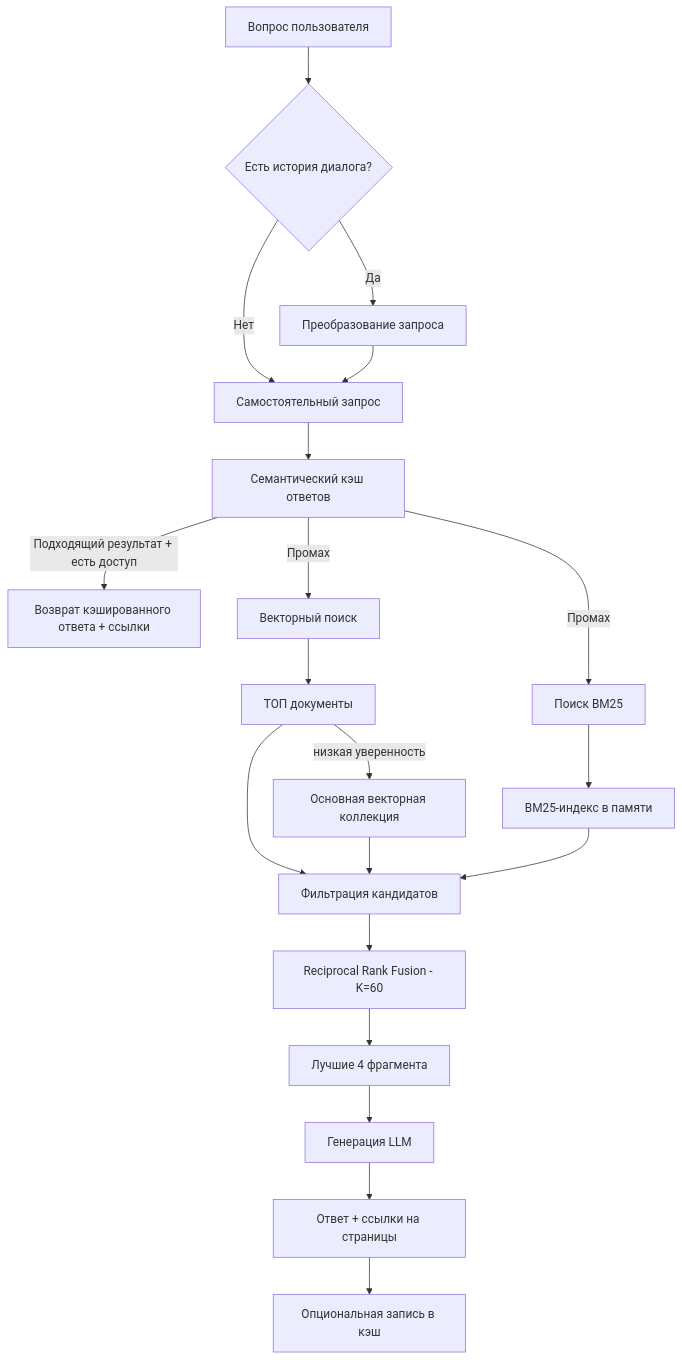
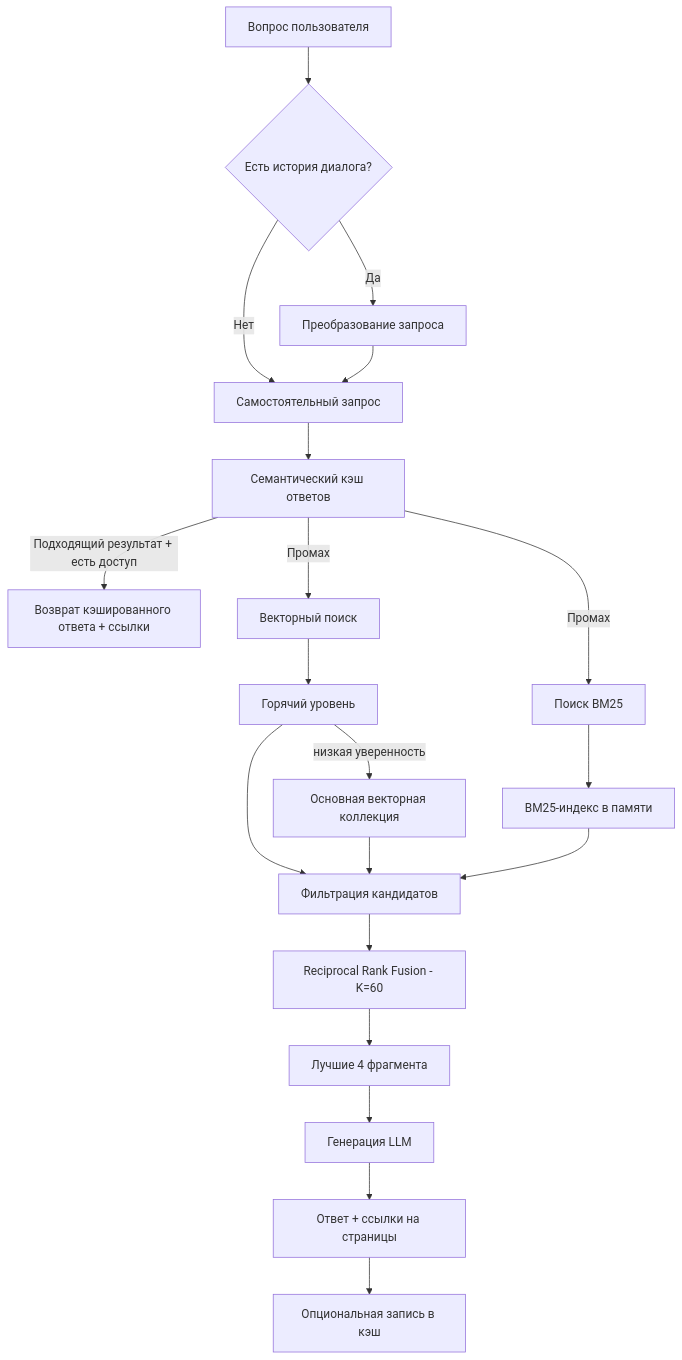
One commit to edikhanbayev/Citation-Grounded-RAG-System changed the diagram in README.md. Above: the diagram before and after it, drawn with Mermaid.

Commit message:
changes in README.md

````diff
--- a/README.md
+++ b/README.md
@@ -28,22 +28,22 @@
 ```mermaid
 flowchart TD
     A[Вопрос пользователя] --> B{Есть история диалога?}
     B -- Да --> C[Преобразование запроса]
     B -- Нет --> D[Самостоятельный запрос]
     C --> D
     D --> E[Семантический кэш ответов]
     E -- Подходящий результат + есть доступ --> Z[Возврат кэшированного ответа + ссылки]
     E -- Промах --> F1[Векторный поиск]
     E -- Промах --> F2[Поиск BM25]
-    F1 --> G1[ТОП документы]
+    F1 --> G1[Горячий уровень]
     G1 -->|низкая уверенность| G2[Основная векторная коллекция]
     F2 --> H[BM25-индекс в памяти]
     G1 --> I[Фильтрация кандидатов]
     G2 --> I
     H --> I
     I --> J[Reciprocal Rank Fusion - K=60]
     J --> K[Лучшие 4 фрагмента]
     K --> L[Генерация LLM]
     L --> M[Ответ + ссылки на страницы]
     M --> N[Опциональная запись в кэш]
 ```
````
